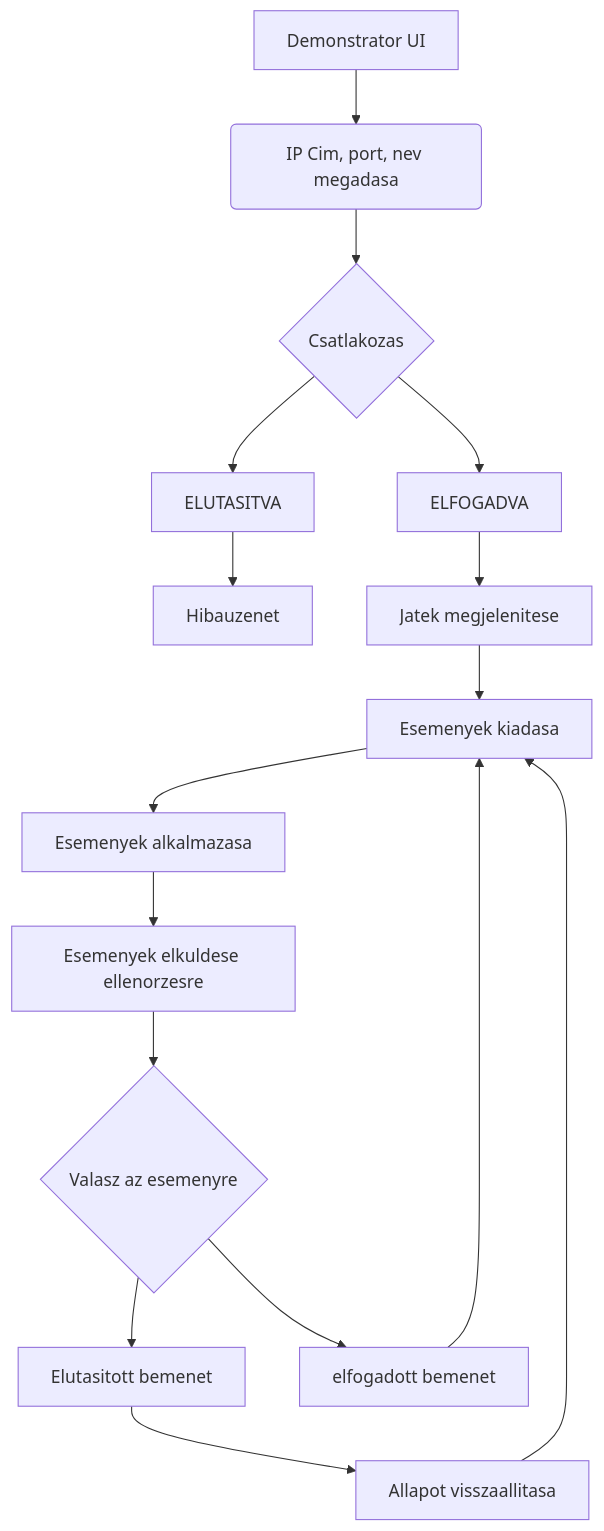
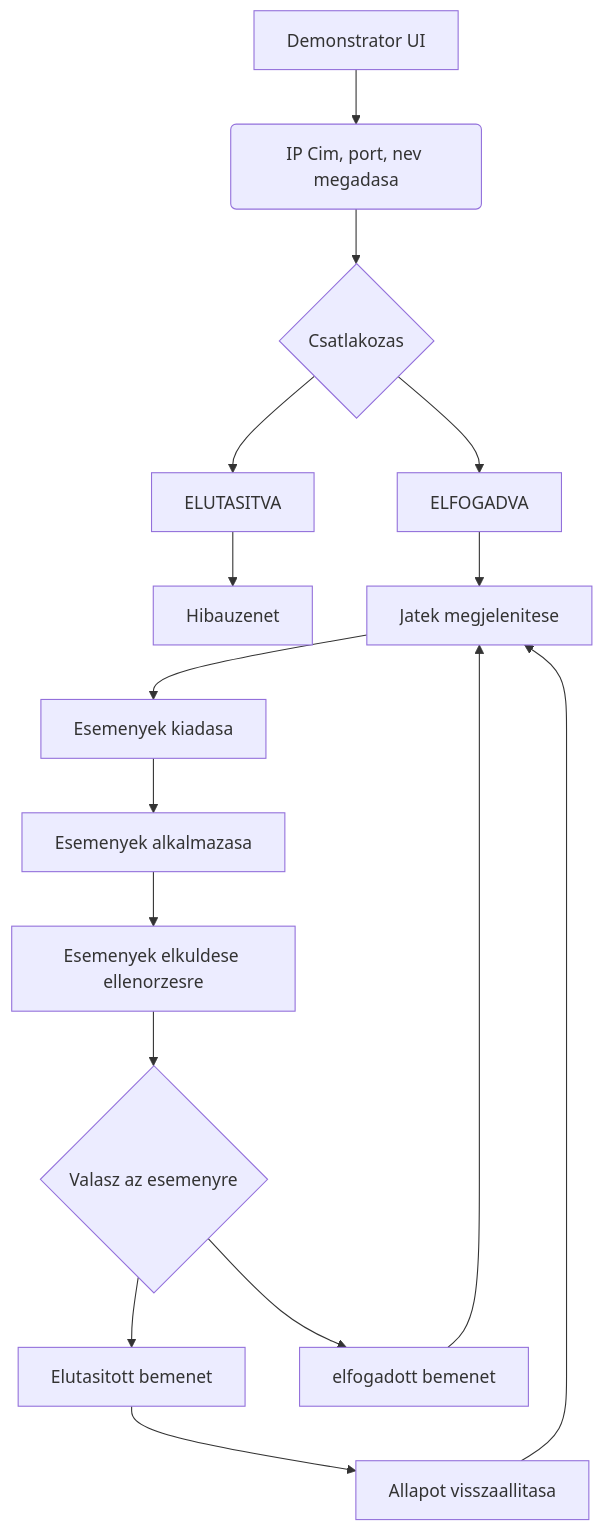
One commit to iharosif/pte-project-course changed the first of 2 diagrams in 00-project/02-specification.md. Above: the diagram before and after it, drawn with Mermaid. The commit also changed other lines of this file, not shown here.

````diff
--- a/00-project/02-specification.md
+++ b/00-project/02-specification.md
@@ -31,18 +33,18 @@
 ```mermaid
 graph TD
 A[Demonstrator UI] --> B(IP Cim, port, nev megadasa)
 B --> C{Csatlakozas}
 C --> F[ELUTASITVA]
 F --> D[Hibauzenet]
 C --> G[ELFOGADVA]
 G --> H[Jatek megjelenitese]
 H --> I[Esemenyek kiadasa]
 I --> J[Esemenyek alkalmazasa]
 J --> K[Esemenyek elkuldese ellenorzesre]
 K --> L{Valasz az esemenyre}
 L --> a[Elutasitott bemenet]
 a --> b[Allapot visszaallitasa]
 L --> c[elfogadott bemenet]
-c --> I
-b --> I
+c --> H
+b --> H
 ```
````
